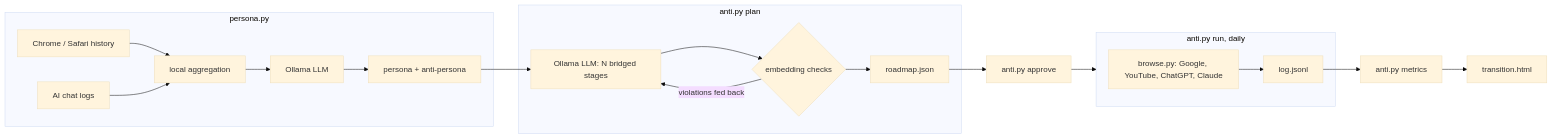
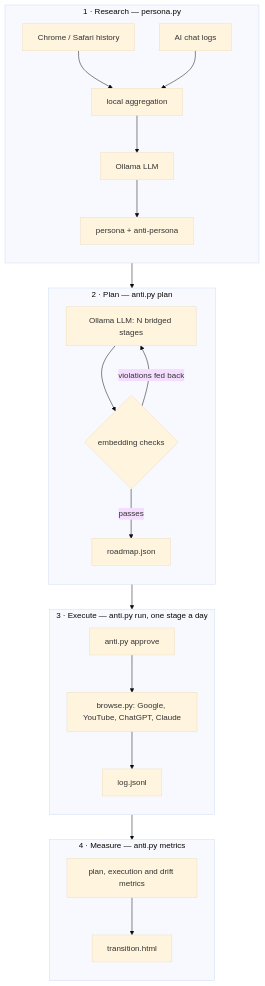
The diagram in README.md (tonoyandev/web3lesson), drawn with Mermaid (base theme) before and after one commit.

Commit message:
docs: vertical pipeline diagram so it reads at README width

````diff
--- a/README.md
+++ b/README.md
@@ -27,18 +27,26 @@
 ```mermaid
-flowchart LR
-  subgraph research [persona.py]
+flowchart TB
+  subgraph research ["1 · Research — persona.py"]
+    direction TB
     H[Chrome / Safari history] --> A[local aggregation]
     C[AI chat logs] --> A
     A --> L1[Ollama LLM] --> P[persona + anti-persona]
   end
-  subgraph plan [anti.py plan]
-    P --> L2[Ollama LLM: N bridged stages] --> V{embedding checks}
+  subgraph plan ["2 · Plan — anti.py plan"]
+    direction TB
+    L2[Ollama LLM: N bridged stages] --> V{embedding checks}
     V -- violations fed back --> L2
-    V --> R[roadmap.json]
+    V -- passes --> R[roadmap.json]
   end
-  R --> AP[anti.py approve] --> RUN
-  subgraph RUN [anti.py run, daily]
-    B[browse.py: Google, YouTube, ChatGPT, Claude] --> LOG[log.jsonl]
+  subgraph execute ["3 · Execute — anti.py run, one stage a day"]
+    direction TB
+    AP[anti.py approve] --> B[browse.py: Google, YouTube, ChatGPT, Claude] --> LOG[log.jsonl]
   end
-  LOG --> M[anti.py metrics] --> D[transition.html]
+  subgraph measure ["4 · Measure — anti.py metrics"]
+    direction TB
+    M[plan, execution and drift metrics] --> D[transition.html]
+  end
+  P --> L2
+  R --> AP
+  LOG --> M
 ```
````
